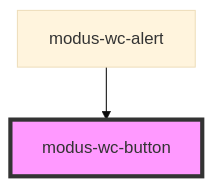
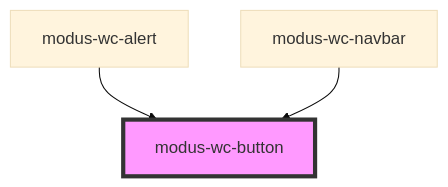
One commit to trimble-oss/modus-wc-2.0 changed the diagram in src/components/modus-wc-button/readme.md. Above: the diagram before and after it, drawn with Mermaid (base theme). The commit also changed other lines of this file and 15 other files, not shown here.

````diff
--- a/src/components/modus-wc-button/readme.md
+++ b/src/components/modus-wc-button/readme.md
@@ -43,5 +44,6 @@
 ```mermaid
 graph TD;
   modus-wc-alert --> modus-wc-button
+  modus-wc-navbar --> modus-wc-button
   style modus-wc-button fill:#f9f,stroke:#333,stroke-width:4px
 ```
````
